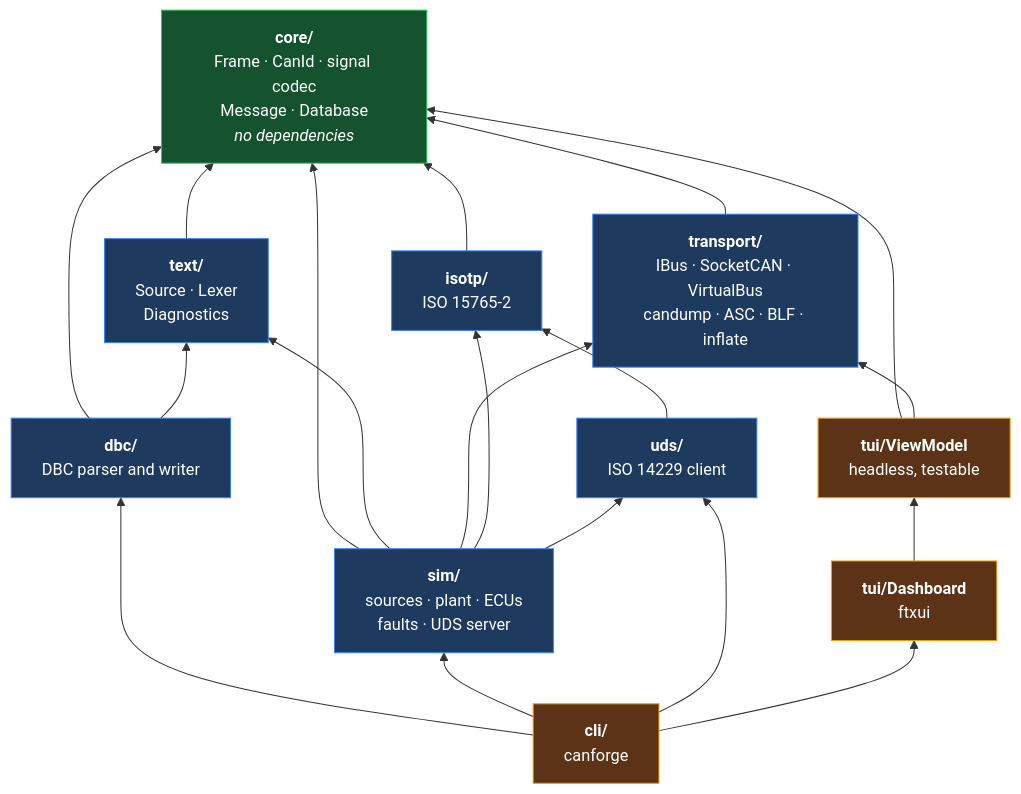
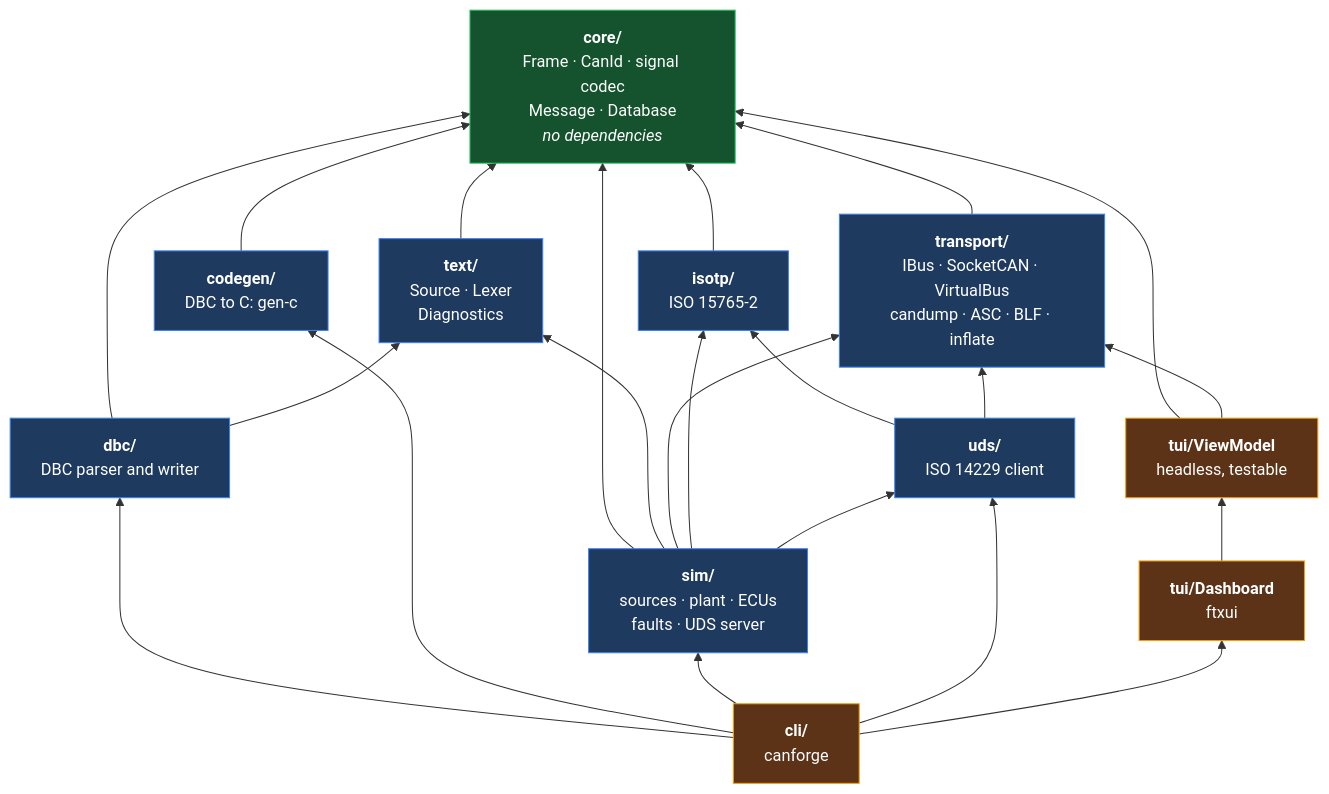
Before and after one commit to TheModelStudent/canforge: the diagram in README.md, drawn with Mermaid. The commit also changed other lines of this file and 2 other files, not shown here.

First line of the commit message:
README: commands, gen-c, diag and flash; CHANGELOG for 0.6.0

````diff
--- a/README.md
+++ b/README.md
@@ -82,39 +167,43 @@
 ```mermaid
 graph BT
     core["<b>core/</b><br/>Frame · CanId · signal codec<br/>Message · Database<br/><i>no dependencies</i>"]
     text["<b>text/</b><br/>Source · Lexer<br/>Diagnostics"]
     transport["<b>transport/</b><br/>IBus · SocketCAN · VirtualBus<br/>candump · ASC · BLF · inflate"]
     isotp["<b>isotp/</b><br/>ISO 15765-2"]
     dbc["<b>dbc/</b><br/>DBC parser and writer"]
+    codegen["<b>codegen/</b><br/>DBC to C: gen-c"]
     uds["<b>uds/</b><br/>ISO 14229 client"]
     sim["<b>sim/</b><br/>sources · plant · ECUs<br/>faults · UDS server"]
     tuimodel["<b>tui/ViewModel</b><br/>headless, testable"]
     tui["<b>tui/Dashboard</b><br/>ftxui"]
     cli["<b>cli/</b><br/>canforge"]
 
     text --> core
     transport --> core
     isotp --> core
     dbc --> core
     dbc --> text
+    codegen --> core
     uds --> isotp
+    uds --> transport
     tuimodel --> core
     tuimodel --> transport
     sim --> core
     sim --> text
     sim --> transport
     sim --> isotp
     sim --> uds
     tui --> tuimodel
     cli --> dbc
+    cli --> codegen
     cli --> sim
     cli --> uds
     cli --> tui
 
     classDef nodep fill:#14532d,stroke:#22c55e,color:#fff
     classDef dep fill:#1e3a5f,stroke:#3b82f6,color:#fff
     classDef ui fill:#5c3317,stroke:#f59e0b,color:#fff
     class core nodep
-    class text,transport,isotp,dbc,uds,sim dep
+    class text,transport,isotp,dbc,codegen,uds,sim dep
     class tuimodel,tui,cli ui
 ```
````
